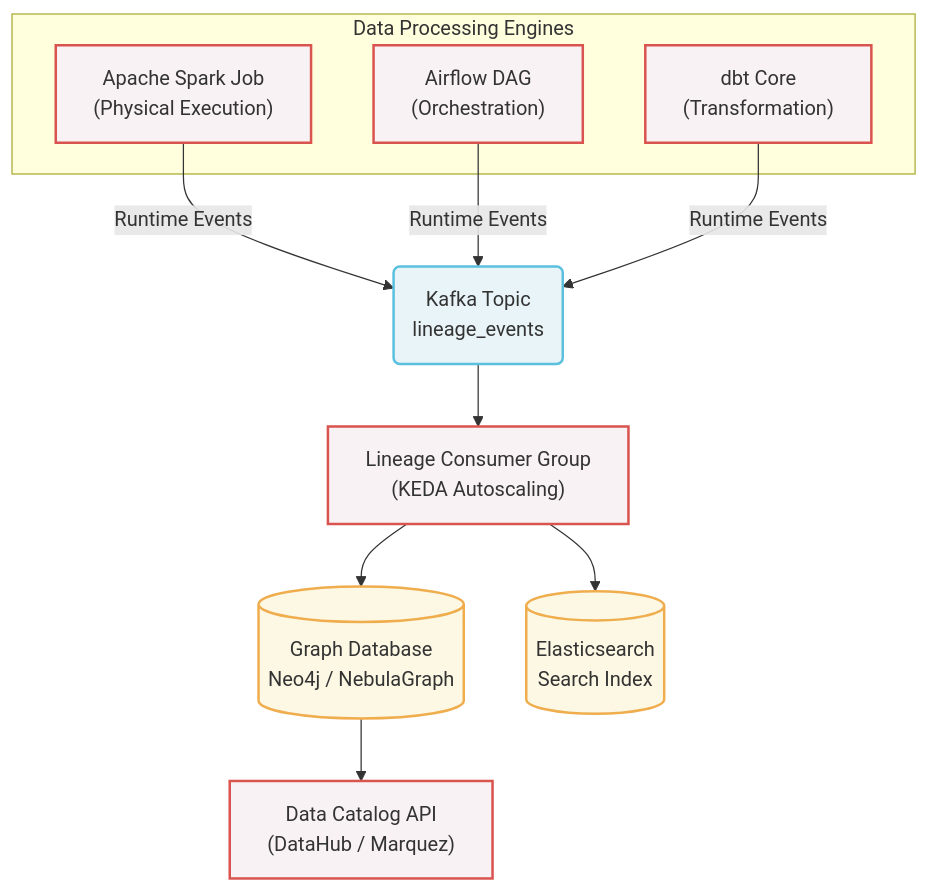
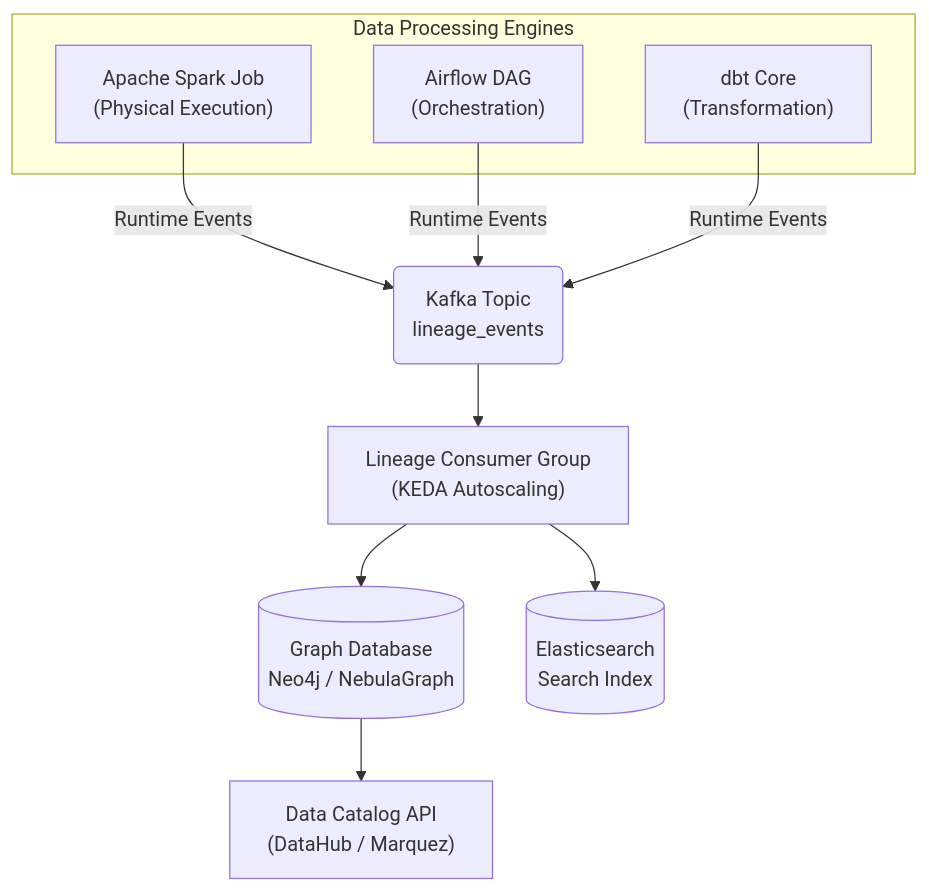
One commit to kythuatdulieu/kythuatdulieu.github.io changed the diagram in src/content/docs/concepts/8-security-governance-finops/data-lineage.md. Above: the diagram before and after it, drawn with Mermaid. The commit also changed 682 other files, not shown here.

````diff
--- a/src/content/docs/concepts/8-security-governance-finops/data-lineage.md
+++ b/src/content/docs/concepts/8-security-governance-finops/data-lineage.md
@@ -44,29 +44,28 @@
 ```mermaid
 graph TD
-    classDef engine fill:#f9f2f4,stroke:#d9534f,stroke-width:2px;
-    classDef messaging fill:#e8f4f8,stroke:#5bc0de,stroke-width:2px;
-    classDef storage fill:#fcf8e3,stroke:#f0ad4e,stroke-width:2px;
+
+
 
     subgraph "Data Processing Engines"
         A["Apache Spark Job<br/>(Physical Execution)"]:::engine
         C["Airflow DAG<br/>(Orchestration)"]:::engine
         D["dbt Core<br/>(Transformation)"]:::engine
     end
 
     B("Kafka Topic<br/>lineage_events"):::messaging
     
     A -->|Runtime Events| B
     C -->|Runtime Events| B
     D -->|Runtime Events| B
 
     E["Lineage Consumer Group<br/>(KEDA Autoscaling)"]:::engine
     B --> E
     
     F[("Graph Database<br/>Neo4j / NebulaGraph")]:::storage
     G[("Elasticsearch<br/>Search Index")]:::storage
     
     E --> F
     E --> G
     
     F --> H["Data Catalog API<br/>(DataHub / Marquez)"]:::engine
 ```
````
